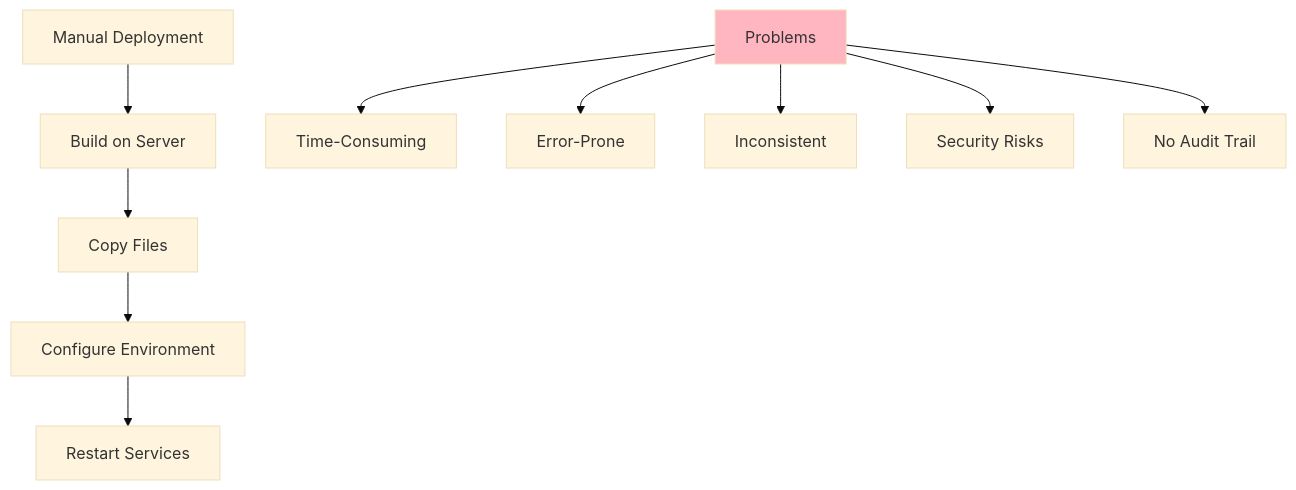
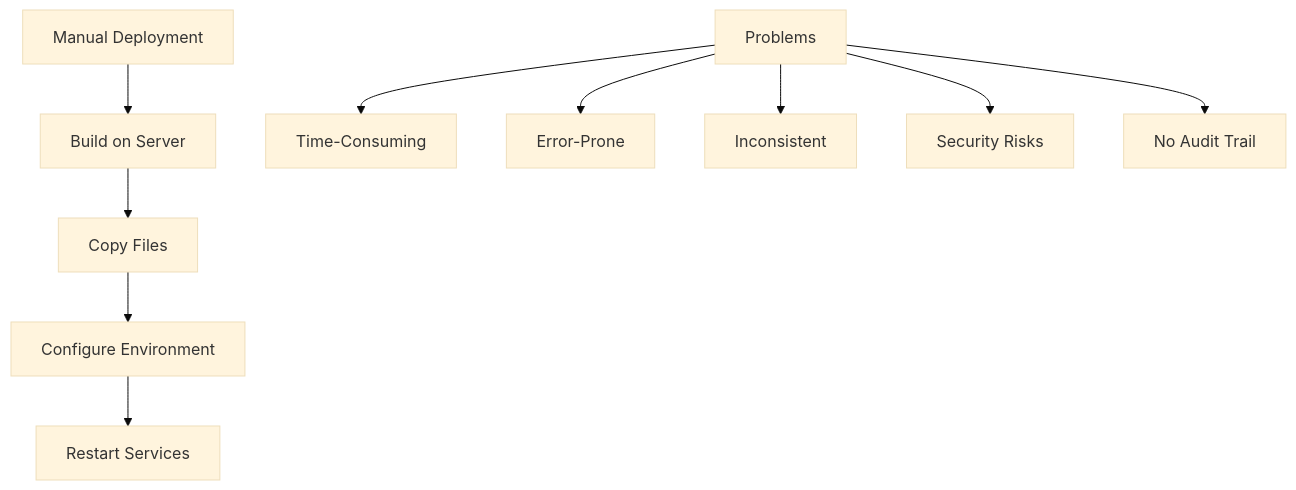
Before and after one commit to 4gh0rn/dev-blog: the third of 11 diagrams in docs/projects/conduit-deployment.md, drawn with Mermaid (base theme). The commit also changed other lines of this file and 17 other files, not shown here.

````diff
--- a/docs/projects/conduit-deployment.md
+++ b/docs/projects/conduit-deployment.md
@@ -114,15 +108,13 @@
 ```mermaid
 graph TB
     A[Manual Deployment] --> B[Build on Server]
     B --> C[Copy Files]
     C --> D[Configure Environment]
     D --> E[Restart Services]
     
     F[Problems] --> F1[Time-Consuming]
     F --> F2[Error-Prone]
     F --> F3[Inconsistent]
     F --> F4[Security Risks]
     F --> F5[No Audit Trail]
-    
-    style F fill:#FFB6C1
 ```
````
